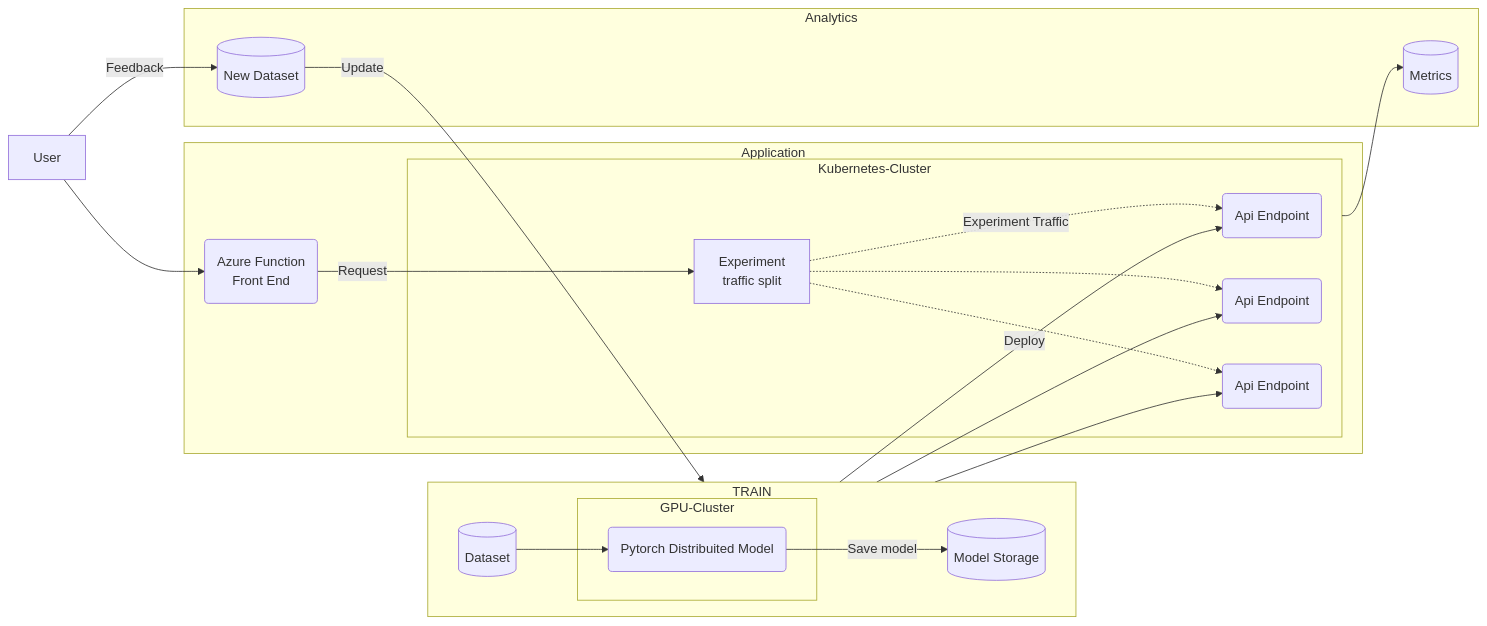
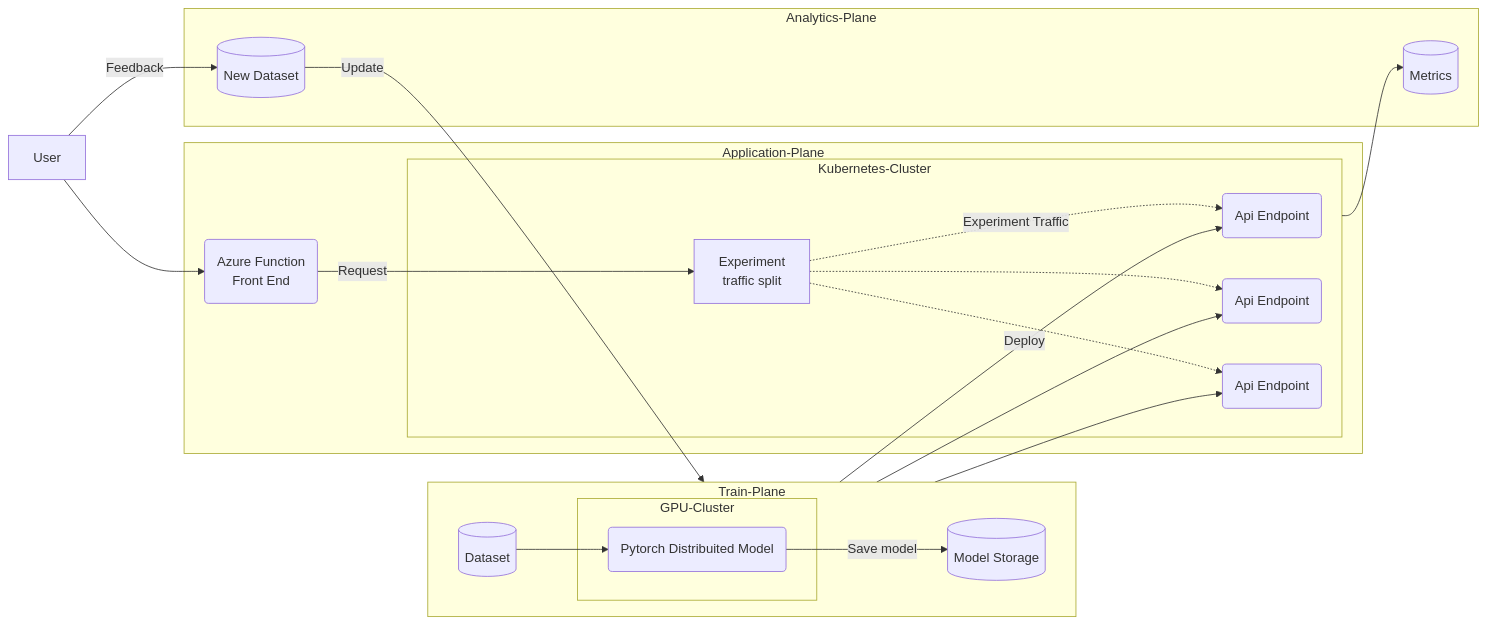
The diagram in README.md (din99dany/faster_rcnn_footware_detection), drawn with Mermaid before and after one commit. The commit also changed 6 other files, not shown here.

````diff
--- a/README.md
+++ b/README.md
@@ -5,33 +5,33 @@
 ```mermaid
     graph LR;
 
-        subgraph TRAIN
+        subgraph Train-Plane
             direction LR;
             DataSet[(Dataset)] --> PytorchModel
             subgraph GPU-Cluster
                 PytorchModel(Pytorch Distribuited Model)
             end
             PytorchModel -->|Save model| ModelStorage[(Model Storage)]
         end
 
-
-        subgraph Application        
+        subgraph Application-Plane        
             subgraph Kubernetes-Cluster
                 PytorchModel -->|Deploy| API1(Api Endpoint)
                 PytorchModel --> API2(Api Endpoint)
                 PytorchModel --> API3(Api Endpoint)
                 TrafficExperimentSplit -.->|Experiment Traffic| API1
                 TrafficExperimentSplit -.-> API2
                 TrafficExperimentSplit -.-> API3
             end
             AzureFrontEnd(Azure Function \n Front End) -->|Request| TrafficExperimentSplit[Experiment \n traffic split]
         end
 
-        subgraph Analytics
+        subgraph Analytics-Plane
             Kubernetes-Cluster --> MetricDataStore[(Metrics)]
             NewDataSet[(New Dataset)]
         end
+        
         User --> AzureFrontEnd
         User -->|Feedback| NewDataSet
         NewDataSet -->|Update| DataSet
 ```
````
